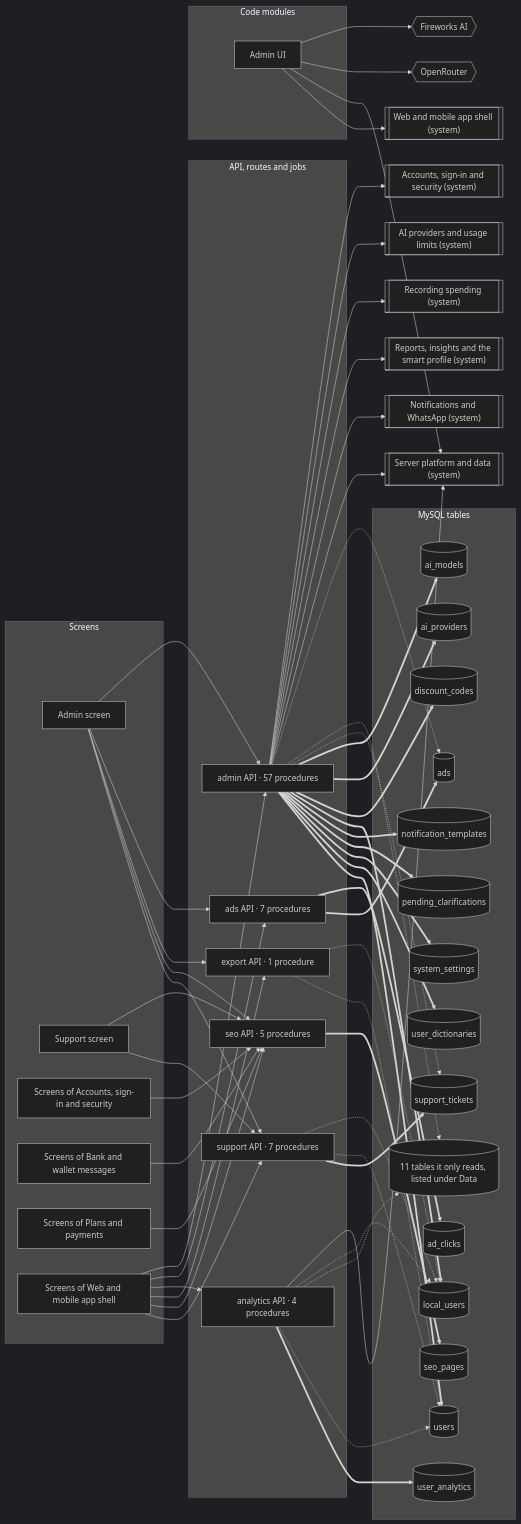
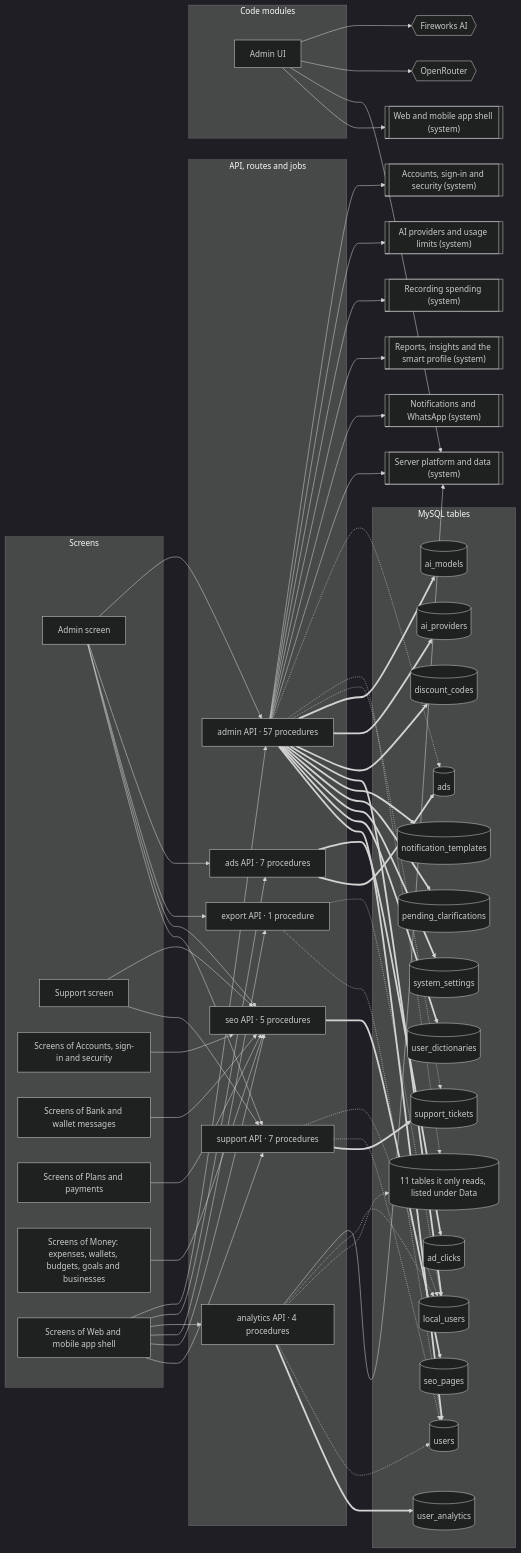
Before and after one commit to mahmoudtaherr111/smartspend_mini_all: the diagram in docs/atlas/systems/admin.md, drawn with Mermaid (dark theme). The commit also changed other lines of this file and 70 other files, not shown here.

```diff
--- a/docs/atlas/systems/admin.md
+++ b/docs/atlas/systems/admin.md
@@ -18,6 +18,7 @@
     screens_accounts["Screens of Accounts, sign-in and security"]
     screens_bank_messages["Screens of Bank and wallet messages"]
     screens_billing["Screens of Plans and payments"]
+    screens_money["Screens of Money: expenses, wallets, budgets, goals and businesses"]
     screens_web_app["Screens of Web and mobile app shell"]
   end
   subgraph g_api["API, routes and jobs"]
@@ -102,6 +103,7 @@
   screens_accounts --> router_seo
   screens_bank_messages --> router_seo
   screens_billing --> router_seo
+  screens_money --> router_seo
   screens_web_app --> router_admin
   screens_web_app --> router_ads
   screens_web_app --> router_analytics
```
